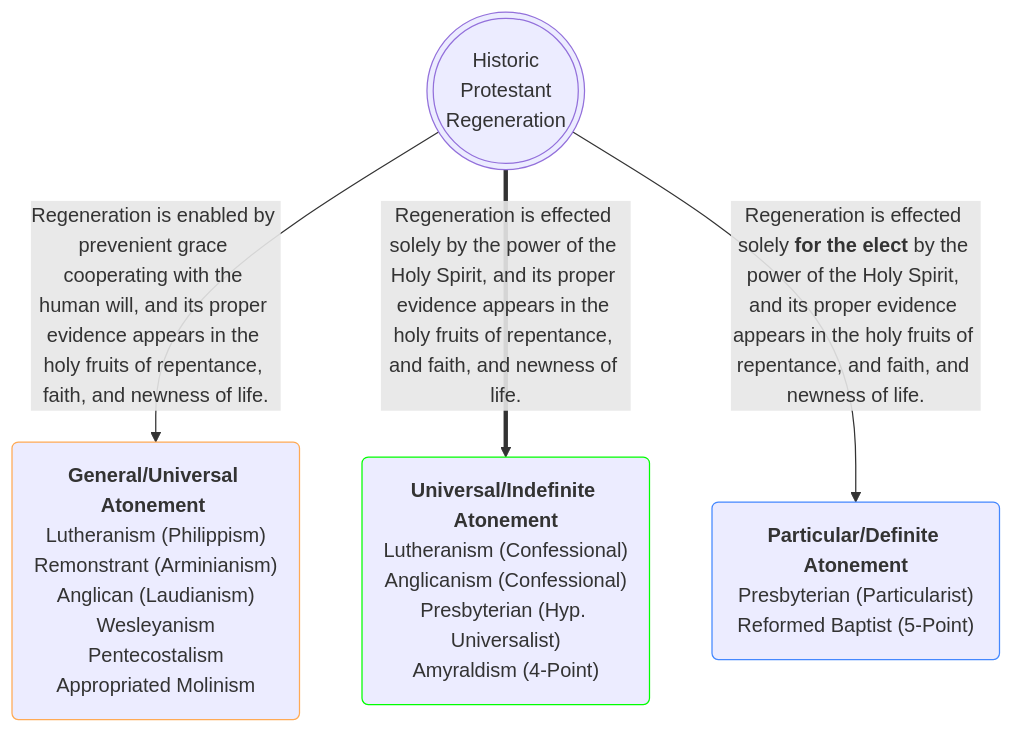
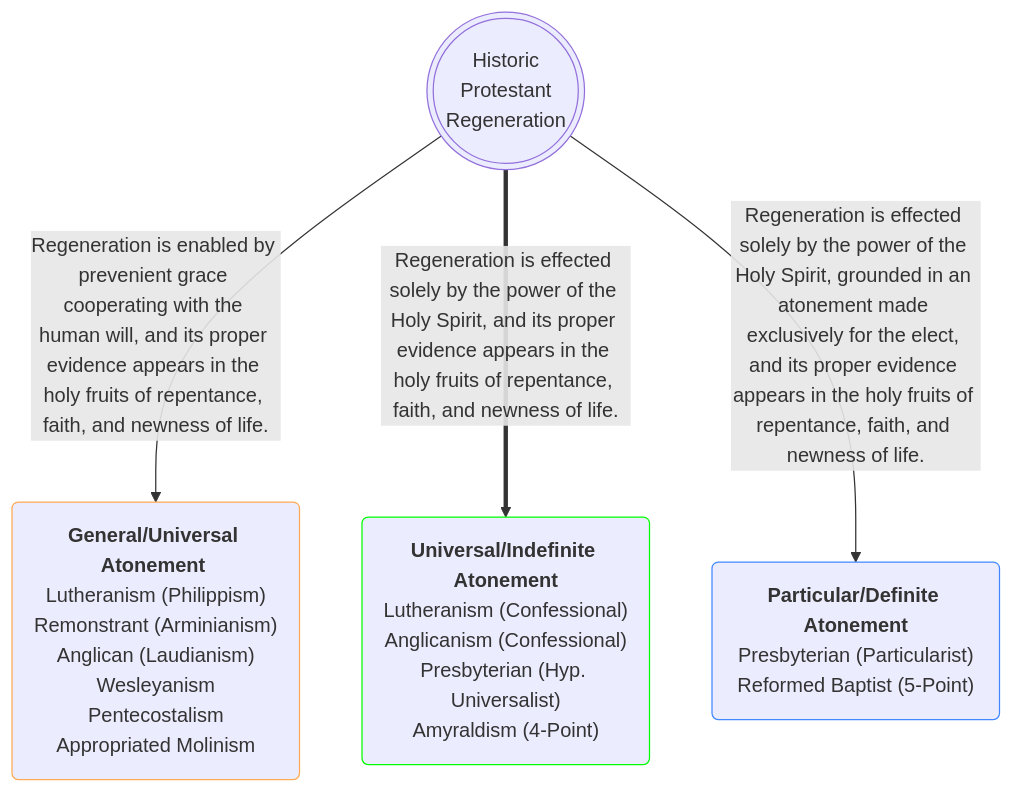
The fifth of 5 diagrams in _posts/2025-08-03-historic-protestant-position.markdown (OrdoLuminis/ordoluminis.github.io), drawn with Mermaid before and after one commit. The commit also changed other lines of this file, not shown here.

````diff
--- a/_posts/2025-08-03-historic-protestant-position.markdown
+++ b/_posts/2025-08-03-historic-protestant-position.markdown
@@ -349,10 +360,10 @@
 ```mermaid
 flowchart TD
     A(((Historic<br>Protestant<br>Regeneration)))
     A -->|Regeneration is enabled by prevenient grace cooperating with the human will, and its proper evidence appears in the holy fruits of repentance, faith, and newness of life.| H(<strong>General/Universal Atonement </strong><br>Lutheranism &lpar;Philippism&rpar;<br>Remonstrant &lpar;Arminianism&rpar;<br>Anglican &lpar;Laudianism&rpar;<br>Wesleyanism<br>Pentecostalism<br>Appropriated Molinism):::orange
-    A ==>|Regeneration is effected solely by the power of the Holy Spirit, and its proper evidence appears in the holy fruits of repentance, and faith, and newness of life.| G(<strong>Universal/Indefinite Atonement</strong><br>Lutheranism &lpar;Confessional&rpar;<br>Anglicanism &lpar;Confessional&rpar;<br>Presbyterian &lpar;Hyp. Universalist&rpar;<br>Amyraldism &lpar;4-Point&rpar;):::green
-    A -->|Regeneration is effected solely <strong>for the elect</strong> by the power of the Holy Spirit, and its proper evidence appears in the holy fruits of repentance, and faith, and newness of life.| P(<strong>Particular/Definite Atonement</strong><br>Presbyterian &lpar;Particularist&rpar;<br>Reformed Baptist &lpar;5-Point&rpar;):::blue
+    A ==>|Regeneration is effected solely by the power of the Holy Spirit, and its proper evidence appears in the holy fruits of repentance, faith, and newness of life.| G(<strong>Universal/Indefinite Atonement</strong><br>Lutheranism &lpar;Confessional&rpar;<br>Anglicanism &lpar;Confessional&rpar;<br>Presbyterian &lpar;Hyp. Universalist&rpar;<br>Amyraldism &lpar;4-Point&rpar;):::green
+    A -->|Regeneration is effected solely by the power of the Holy Spirit, grounded in an atonement made exclusively for the elect, and its proper evidence appears in the holy fruits of repentance, faith, and newness of life.| P(<strong>Particular/Definite Atonement</strong><br>Presbyterian &lpar;Particularist&rpar;<br>Reformed Baptist &lpar;5-Point&rpar;):::blue
     classDef green stroke:#0f0
     classDef orange stroke:#fa5
     classDef blue stroke:#48f
 ```
````
